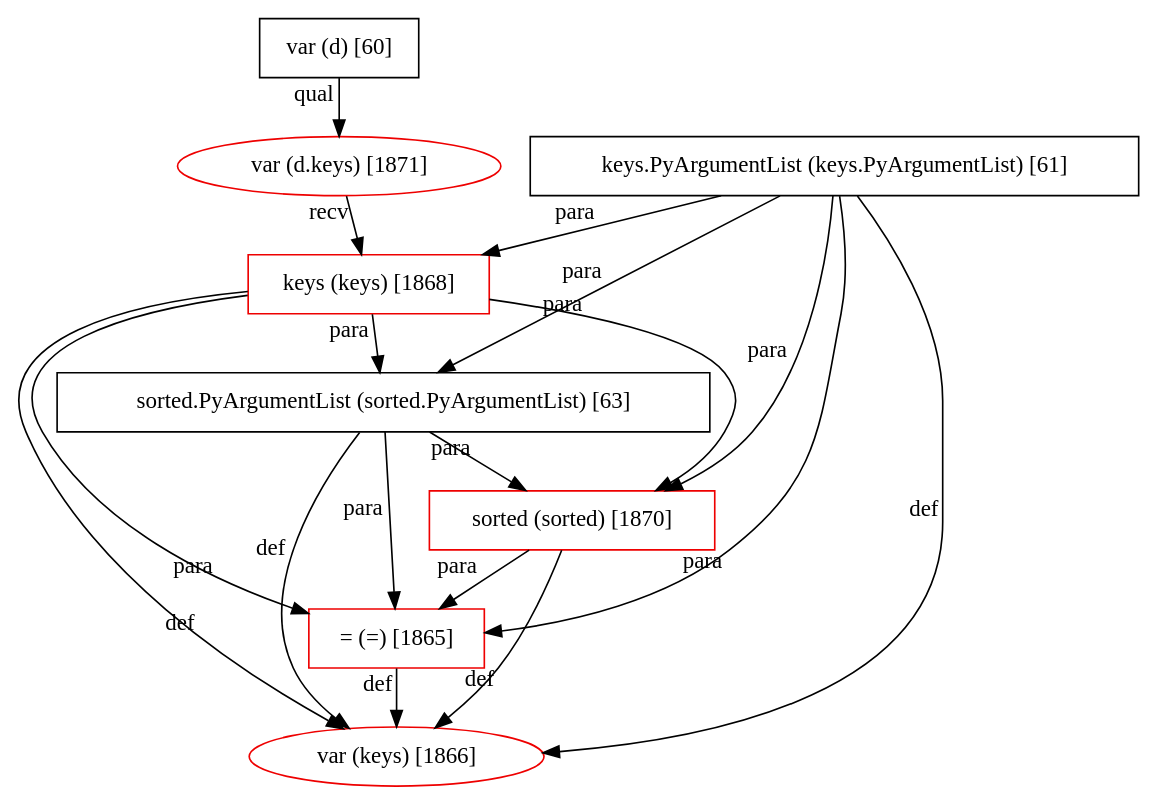
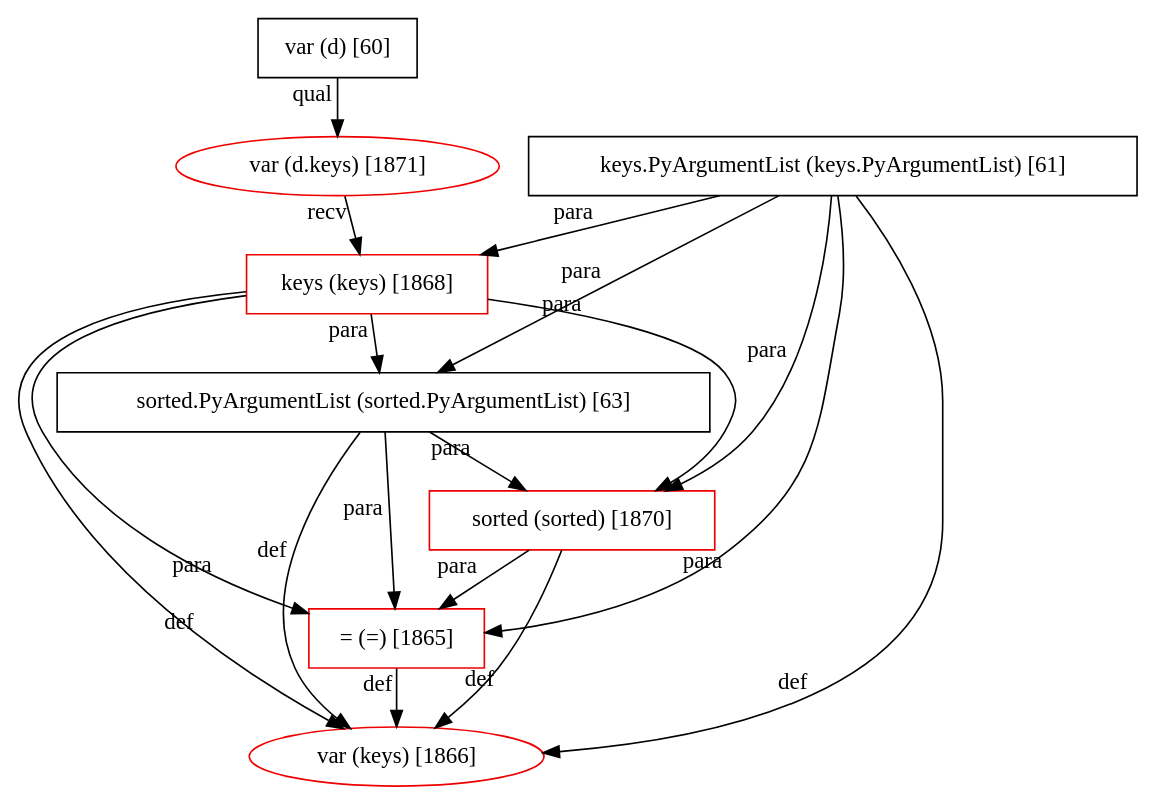
Before and after one commit to JetBrains-Research/revizor: the diagram in plugin/src/main/resources/patterns/23/graph.dot, drawn with Graphviz. The commit also changed other lines of this file and 21 other files, not shown here.

Commit message:
Implement new PatternsStorage Fix actions.json and graph.dot for all patterns Fix some NPE bugs ! Bug with labels_groups is still exists !

```diff
--- a/plugin/src/main/resources/patterns/23/graph.dot
+++ b/plugin/src/main/resources/patterns/23/graph.dot
@@ -1,27 +1,27 @@
 digraph G {
   1868 [ metadata="" color="red2" shape="box" label="keys (keys) [1868]" ];
   1871 [ metadata="" color="red2" shape="ellipse" label="var (d.keys) [1871]" ];
   1870 [ metadata="" color="red2" shape="box" label="sorted (sorted) [1870]" ];
   1865 [ metadata="" color="red2" shape="box" label="= (=) [1865]" ];
   1866 [ metadata="" color="red2" shape="ellipse" label="var (keys) [1866]" ];
+  61 [ metadata="hanger" color="null" shape="null" label="keys.PyArgumentList (keys.PyArgumentList) [61]" ];
   63 [ metadata="hanger" color="null" shape="null" label="sorted.PyArgumentList (sorted.PyArgumentList) [63]" ];
   60 [ metadata="hanger" color="null" shape="null" label="var (d) [60]" ];
-  61 [ metadata="hanger" color="null" shape="null" label="keys.PyArgumentList (keys.PyArgumentList) [61]" ];
   1868 -> 1870 [ from_closure="false" xlabel="para" ];
   1868 -> 1865 [ from_closure="true" xlabel="para" ];
   1868 -> 1866 [ from_closure="true" xlabel="def" ];
   1871 -> 1868 [ from_closure="false" xlabel="recv" ];
   1870 -> 1865 [ from_closure="false" xlabel="para" ];
   1870 -> 1866 [ from_closure="false" xlabel="def" ];
   1865 -> 1866 [ from_closure="false" xlabel="def" ];
+  61 -> 1866 [ from_closure="true" xlabel="def" ];
+  61 -> 1865 [ from_closure="true" xlabel="para" ];
+  61 -> 1870 [ from_closure="true" xlabel="para" ];
+  61 -> 1868 [ from_closure="false" xlabel="para" ];
   1868 -> 63 [ from_closure="false" xlabel="para" ];
+  61 -> 63 [ from_closure="true" xlabel="para" ];
   63 -> 1865 [ from_closure="true" xlabel="para" ];
+  63 -> 1866 [ from_closure="true" xlabel="def" ];
   63 -> 1870 [ from_closure="false" xlabel="para" ];
-  63 -> 1866 [ from_closure="true" xlabel="def" ];
   60 -> 1871 [ from_closure="false" xlabel="qual" ];
-  61 -> 1870 [ from_closure="true" xlabel="para" ];
-  61 -> 1865 [ from_closure="true" xlabel="para" ];
-  61 -> 63 [ from_closure="true" xlabel="para" ];
-  61 -> 1868 [ from_closure="false" xlabel="para" ];
-  61 -> 1866 [ from_closure="true" xlabel="def" ];
 }
```
